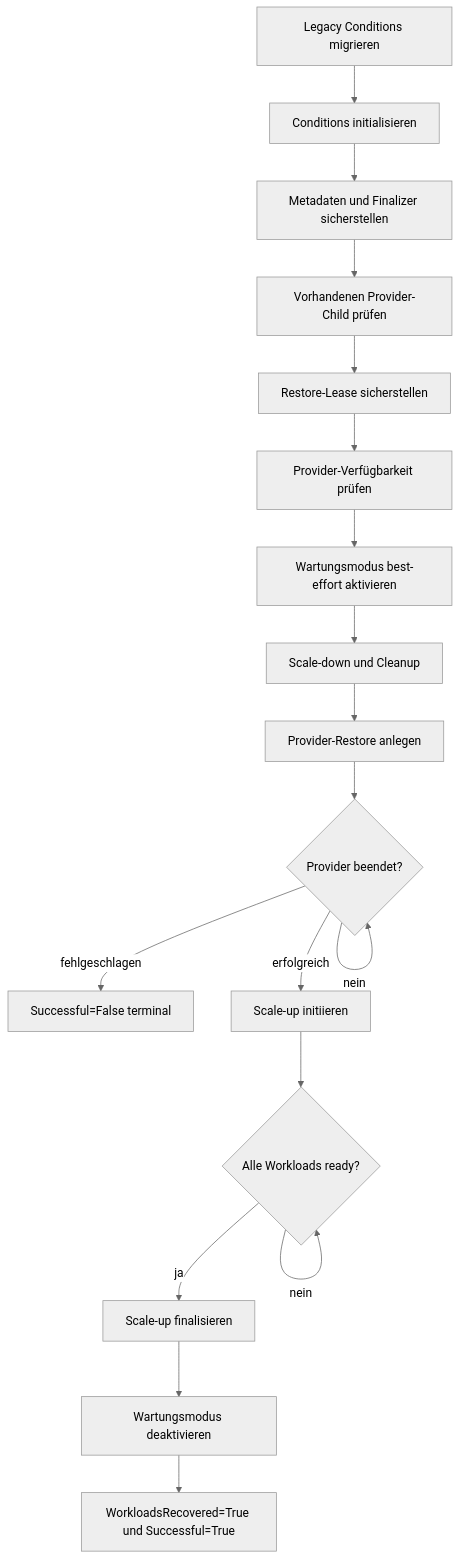
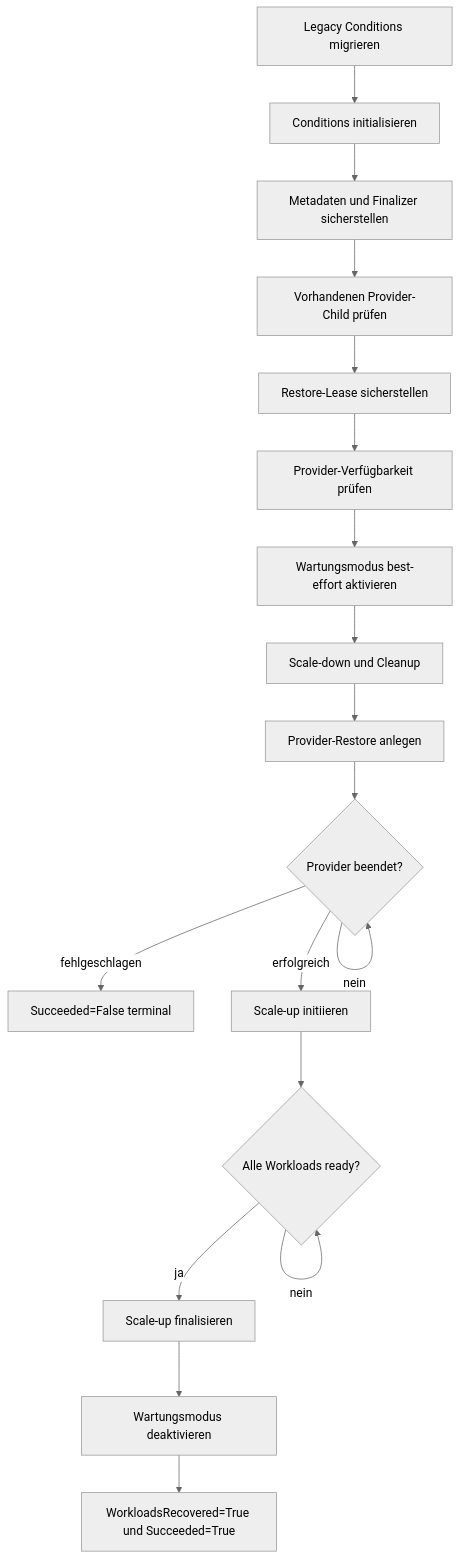
Before and after one commit to cloudogu/k8s-backup-operator: the second of 3 diagrams in docs/development/restore/restore_process_de.md, drawn with Mermaid (neutral theme). The commit also changed other lines of this file and 10 other files, not shown here.

````diff
--- a/docs/development/restore/restore_process_de.md
+++ b/docs/development/restore/restore_process_de.md
@@ -43,20 +43,20 @@
 ```mermaid
 flowchart TD
     A[Legacy Conditions migrieren] --> B[Conditions initialisieren]
     B --> C[Metadaten und Finalizer sicherstellen]
     C --> D[Vorhandenen Provider-Child prüfen]
     D --> E[Restore-Lease sicherstellen]
     E --> P[Provider-Verfügbarkeit prüfen]
     P --> FM[Wartungsmodus best-effort aktivieren]
     FM --> F[Scale-down und Cleanup]
     F --> G[Provider-Restore anlegen]
     G --> H{Provider beendet?}
     H -- nein --> H
-    H -- fehlgeschlagen --> X[Successful=False terminal]
+    H -- fehlgeschlagen --> X[Succeeded=False terminal]
     H -- erfolgreich --> J[Scale-up initiieren]
     J --> K{Alle Workloads ready?}
     K -- nein --> K
     K -- ja --> L[Scale-up finalisieren]
     L --> M[Wartungsmodus deaktivieren]
-    M --> N[WorkloadsRecovered=True und Successful=True]
+    M --> N[WorkloadsRecovered=True und Succeeded=True]
 ```
````
